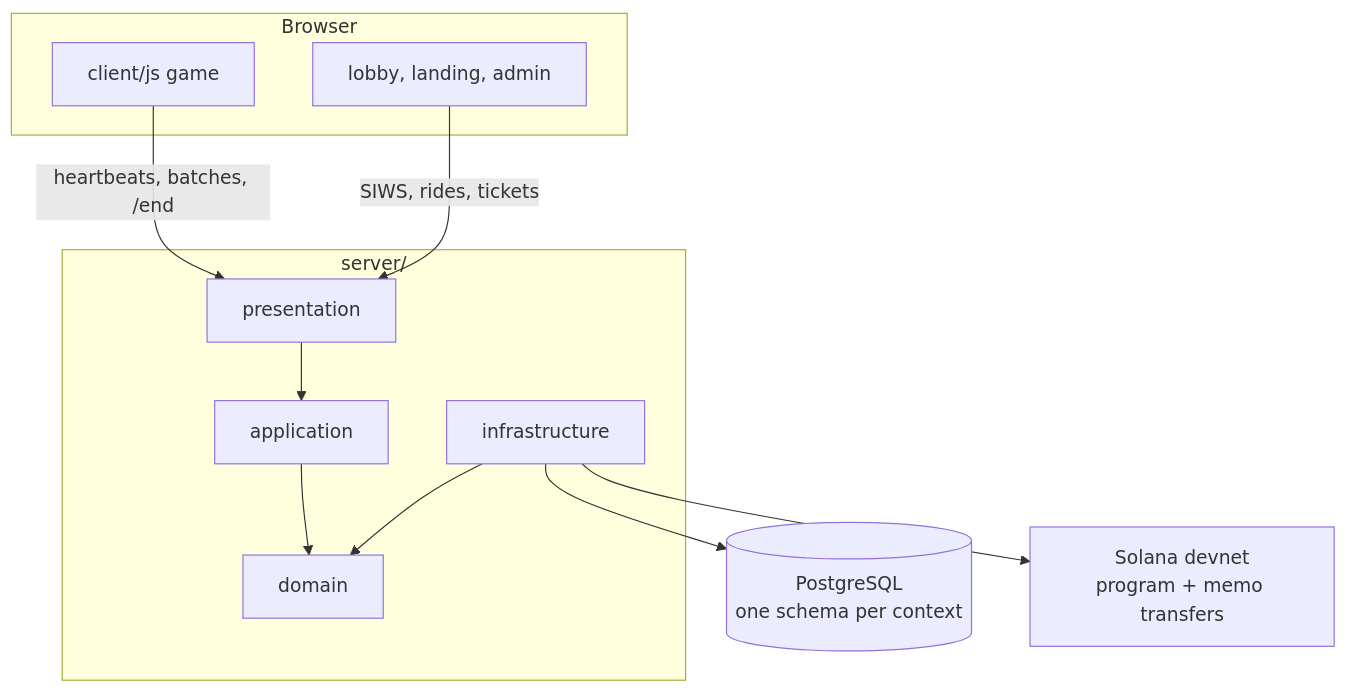
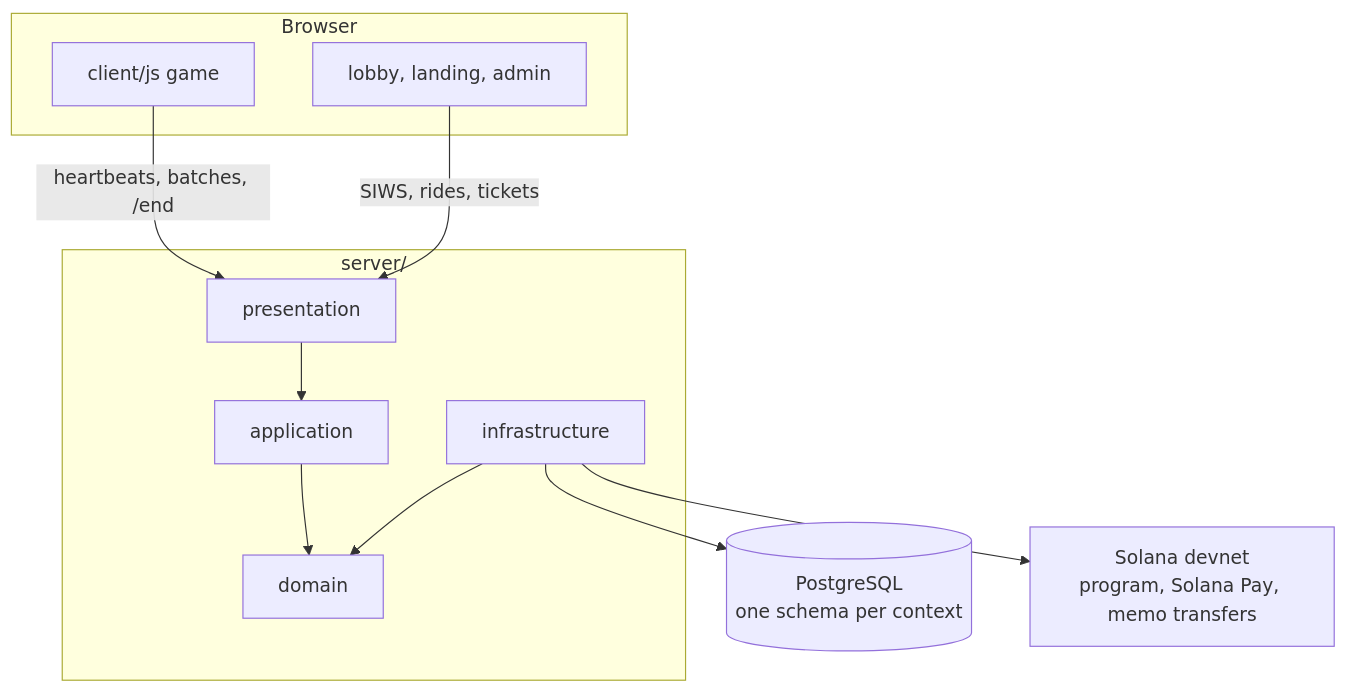
One commit to recferret-bit/freightchain changed the second of 10 diagrams in README.md. Above: the diagram before and after it, drawn with Mermaid. The commit also changed other lines of this file and 88 other files, not shown here.

Commit message:
Add Solana Pay and a reference key for tickets, shift payments, and tips.

````diff
--- a/README.md
+++ b/README.md
@@ -158,19 +160,19 @@
 ```mermaid
 flowchart TB
   subgraph browser [Browser]
     game["client/js game"]
     site["lobby, landing, admin"]
   end
   subgraph server [server/]
     http[presentation]
     app[application]
     domain[domain]
     infra[infrastructure]
   end
   http --> app --> domain
   infra --> domain
   game -->|"heartbeats, batches, /end"| http
   site -->|"SIWS, rides, tickets"| http
   infra --> pg[(PostgreSQL<br/>one schema per context)]
-  infra --> chain["Solana devnet<br/>program + memo transfers"]
+  infra --> chain["Solana devnet<br/>program, Solana Pay, memo transfers"]
 ```
````
